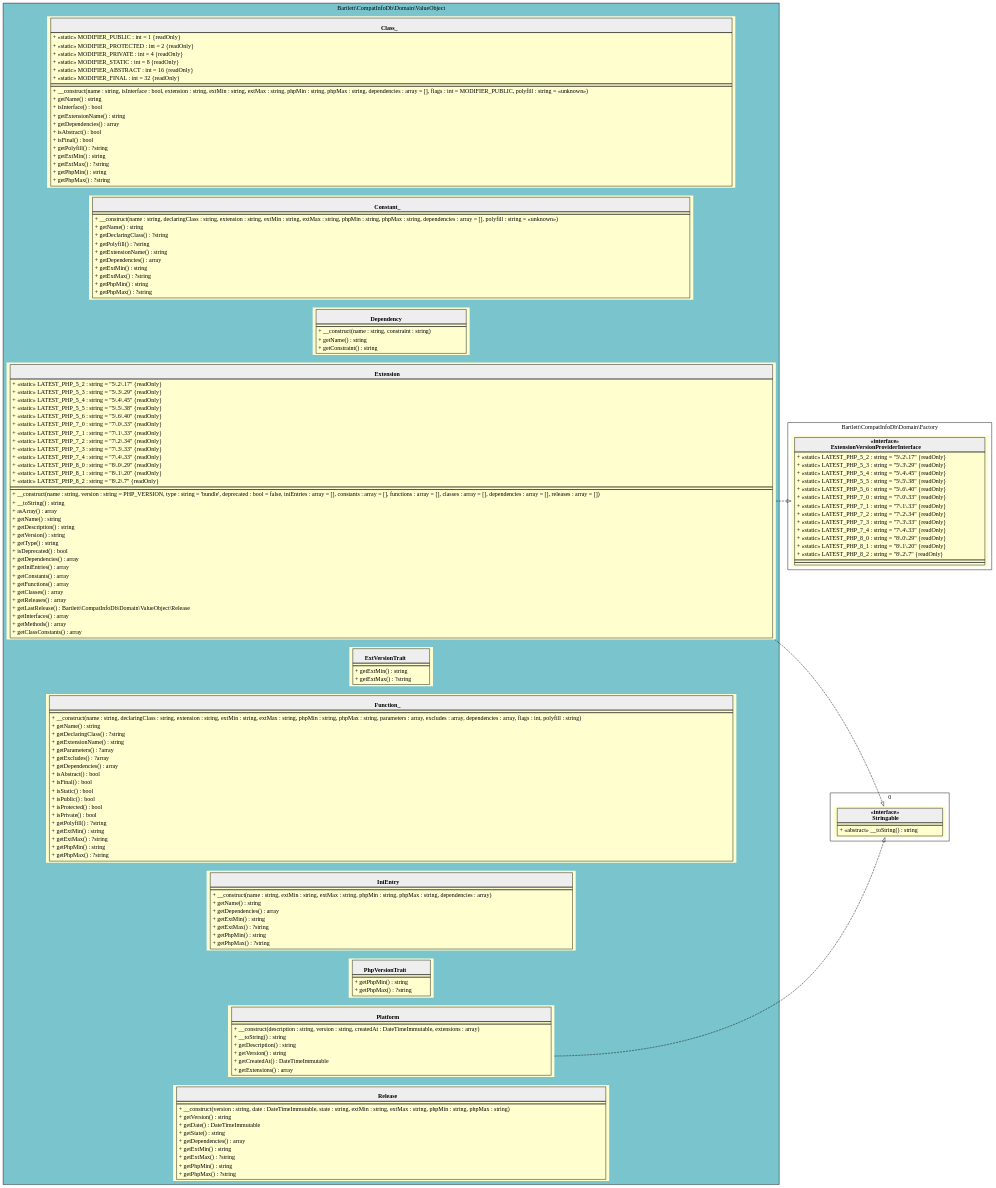
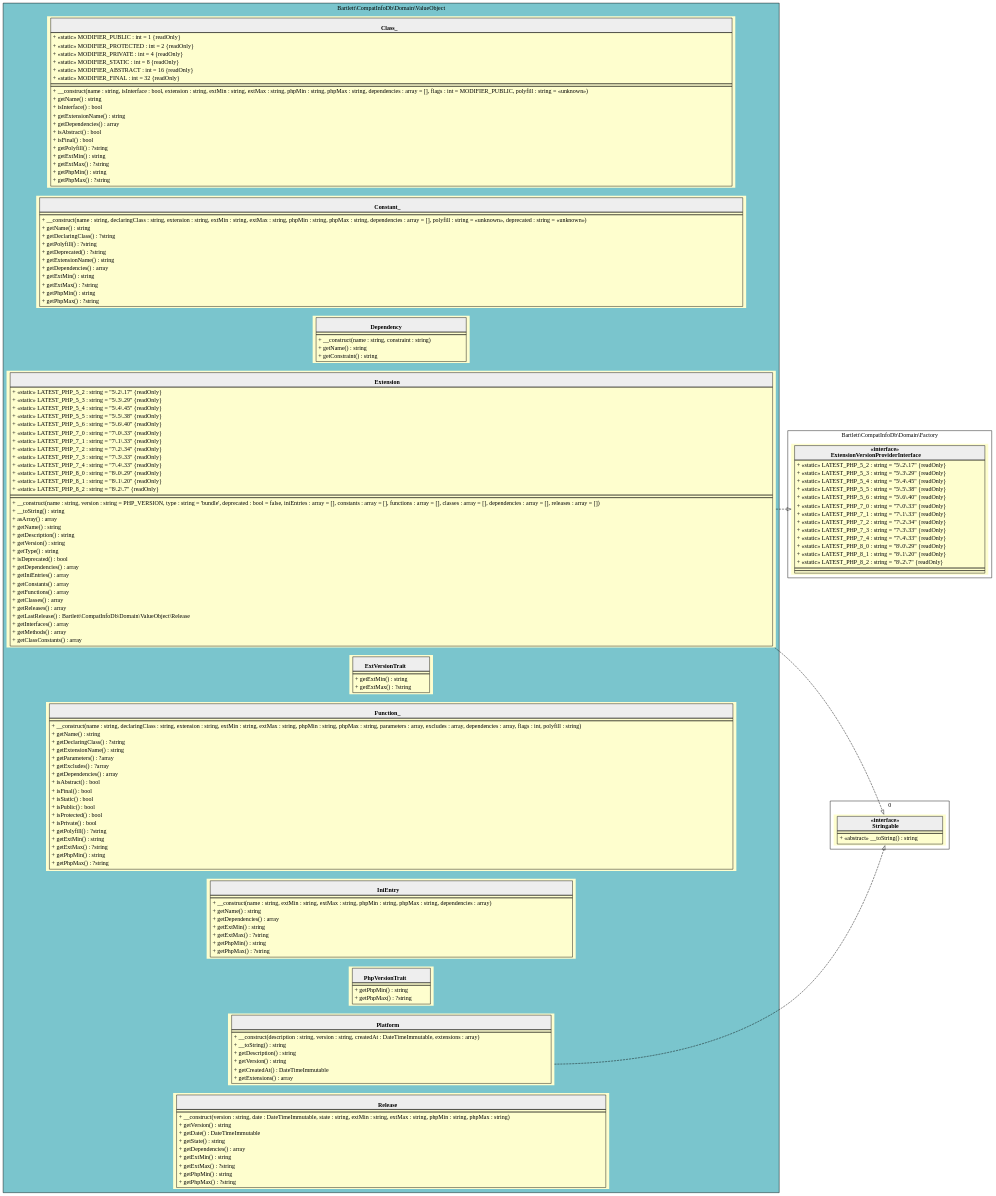
Before and after one commit to llaville/php-compatinfo-db: the diagram in 5.x/assets/images/domain-valueobject.html.gv, drawn with Graphviz. The commit also changed 26 other files, not shown here.

```diff
--- a/5.x/assets/images/domain-valueobject.html.gv
+++ b/5.x/assets/images/domain-valueobject.html.gv
@@ -36,10 +36,11 @@
     <tr><td bgcolor="#eeeeee"><b><br/>Constant_</b></td></tr>
     <tr><td></td></tr>
     <tr><td><table border="0" cellspacing="0" cellpadding="2">
-    <tr><td align="left">+ __construct(name : string, declaringClass : string, extension : string, extMin : string, extMax : string, phpMin : string, phpMax : string, dependencies : array = [], polyfill : string = «unknown»)</td></tr>
+    <tr><td align="left">+ __construct(name : string, declaringClass : string, extension : string, extMin : string, extMax : string, phpMin : string, phpMax : string, dependencies : array = [], polyfill : string = «unknown», deprecated : string = «unknown»)</td></tr>
     <tr><td align="left">+ getName() : string</td></tr>
     <tr><td align="left">+ getDeclaringClass() : ?string</td></tr>
     <tr><td align="left">+ getPolyfill() : ?string</td></tr>
+    <tr><td align="left">+ getDeprecated() : ?string</td></tr>
     <tr><td align="left">+ getExtensionName() : string</td></tr>
     <tr><td align="left">+ getDependencies() : array</td></tr>
     <tr><td align="left">+ getExtMin() : string</td></tr>
```
